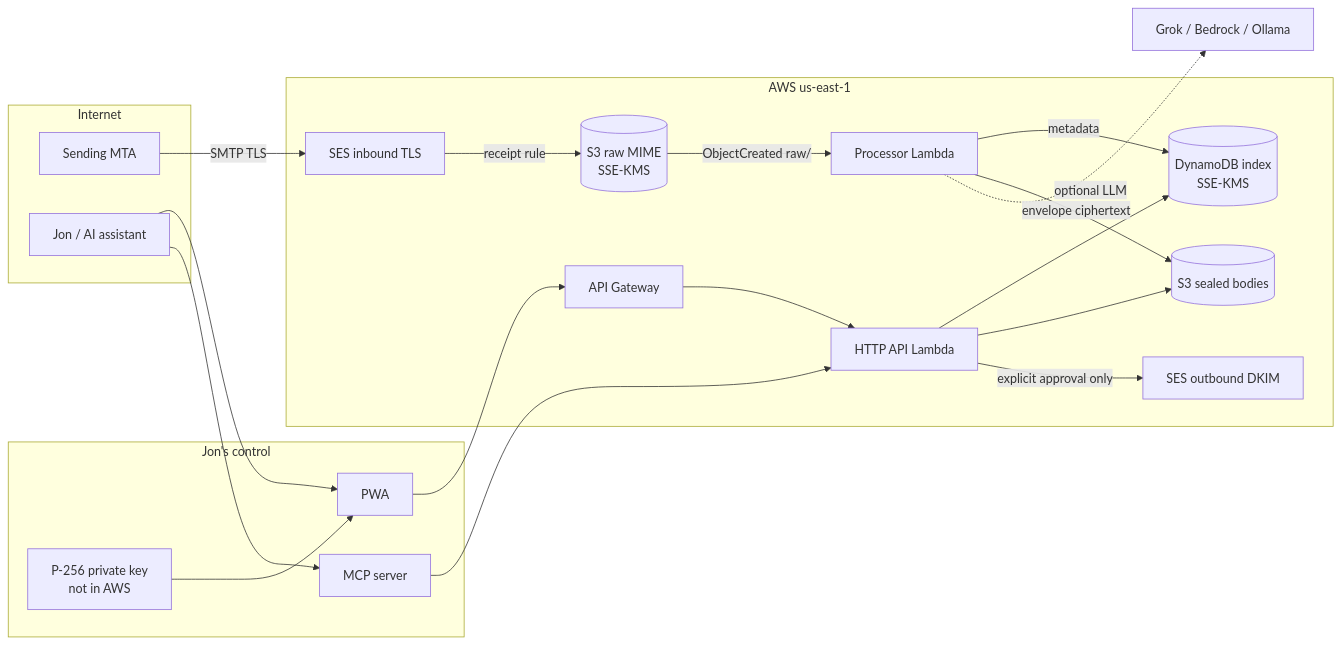
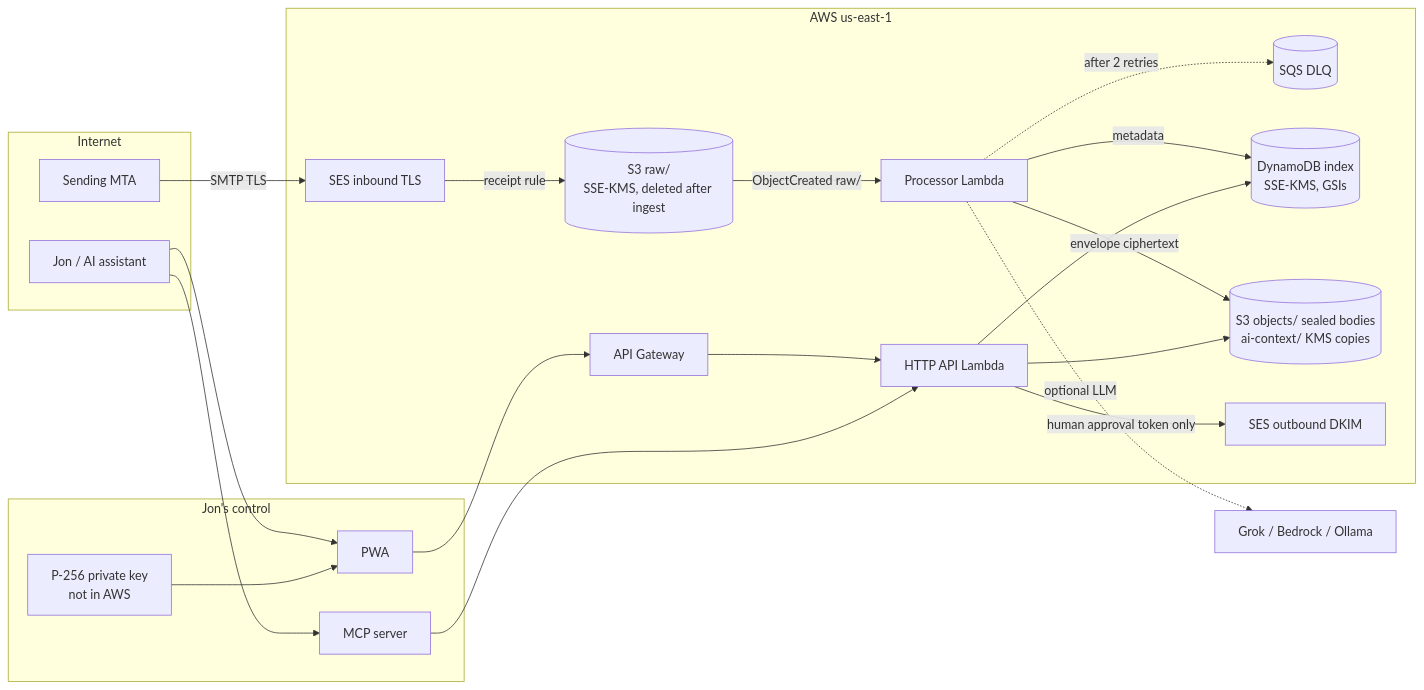
The diagram in docs/ARCHITECTURE.md (macdadyj/lojo-mail), drawn with Mermaid before and after one commit. The commit also changed other lines of this file and 5 other files, not shown here.

Commit message:
Docs: match SECURITY, ARCHITECTURE, RUNBOOK, COSTS, MIGRATION, and README to the fixed system

````diff
--- a/docs/ARCHITECTURE.md
+++ b/docs/ARCHITECTURE.md
@@ -19,39 +19,41 @@
 ```mermaid
 flowchart LR
   subgraph internet [Internet]
     Sender[Sending MTA]
     Jon[Jon / AI assistant]
   end
 
   subgraph aws [AWS us-east-1]
     SES[SES inbound TLS]
-    S3[(S3 raw MIME<br/>SSE-KMS)]
+    S3[(S3 raw/<br/>SSE-KMS, deleted after ingest)]
     Fn[Processor Lambda]
-    DDB[(DynamoDB index<br/>SSE-KMS)]
-    Obj[(S3 sealed bodies)]
+    DLQ[(SQS DLQ)]
+    DDB[(DynamoDB index<br/>SSE-KMS, GSIs)]
+    Obj[(S3 objects/ sealed bodies<br/>ai-context/ KMS copies)]
     API[HTTP API Lambda]
     APIGW[API Gateway]
     SESout[SES outbound DKIM]
   end
 
   subgraph client [Jon's control]
     Key[P-256 private key<br/>not in AWS]
     Web[PWA]
     MCP[MCP server]
   end
 
   Sender -->|SMTP TLS| SES
   SES -->|receipt rule| S3
   S3 -->|ObjectCreated raw/| Fn
   Fn -->|metadata| DDB
   Fn -->|envelope ciphertext| Obj
+  Fn -.->|after 2 retries| DLQ
   Fn -.->|optional LLM| LLM[Grok / Bedrock / Ollama]
   Jon --> Web
   Jon --> MCP
   Web --> APIGW --> API
   MCP --> API
   API --> DDB
   API --> Obj
-  API -->|explicit approval only| SESout
+  API -->|human approval token only| SESout
   Key --> Web
 ```
````
